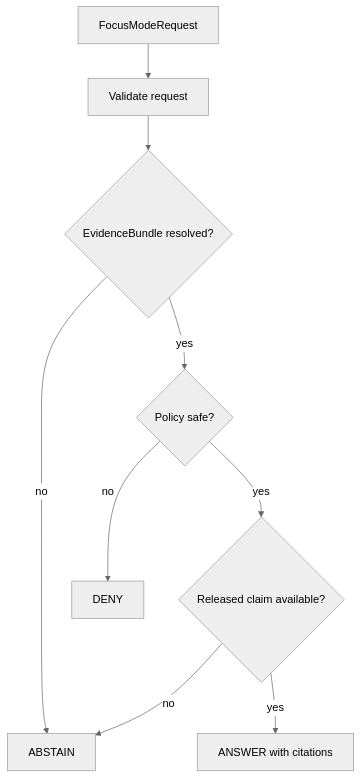
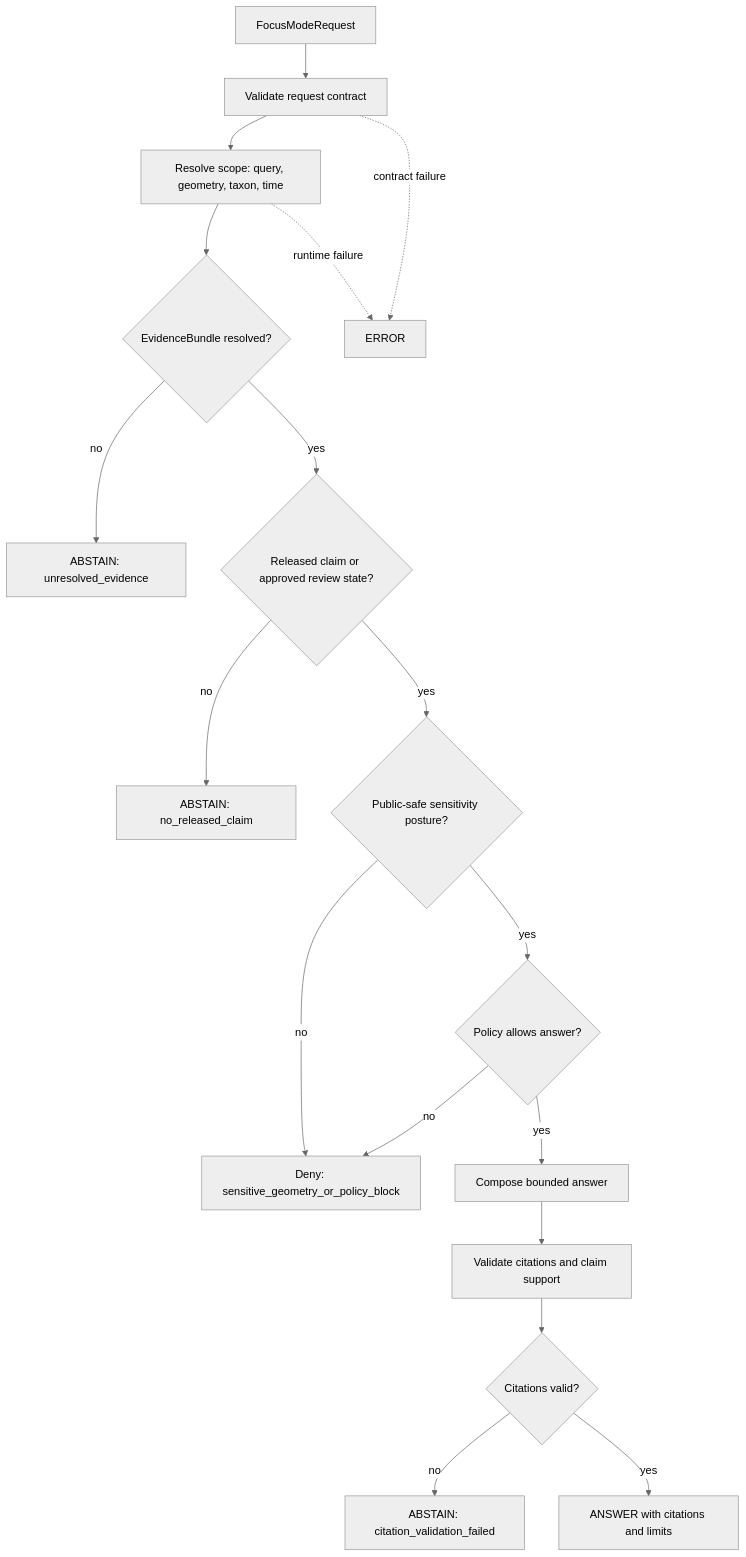
The second of 2 diagrams in docs/domains/ecology/FOCUS_MODE.md (bartytime4life/Kansas-Frontier-Matrix), drawn with Mermaid (neutral theme) before and after one commit. The commit also changed other lines of this file, not shown here.

First line of the commit message:
Enhance FOCUS_MODE.md with verification details

````diff
--- a/docs/domains/ecology/FOCUS_MODE.md
+++ b/docs/domains/ecology/FOCUS_MODE.md
@@ -75,11 +168,26 @@
 ```mermaid
 flowchart TD
-  Request[FocusModeRequest] --> Validate[Validate request]
-  Validate --> Evidence{EvidenceBundle resolved?}
-  Evidence -- no --> Abstain[ABSTAIN]
-  Evidence -- yes --> Policy{Policy safe?}
-  Policy -- no --> Deny[DENY]
-  Policy -- yes --> Claim{Released claim available?}
-  Claim -- no --> Abstain
-  Claim -- yes --> Answer[ANSWER with citations]
+  Request[FocusModeRequest] --> Validate[Validate request contract]
+  Validate --> Scope[Resolve scope: query, geometry, taxon, time]
+  Scope --> Evidence{EvidenceBundle resolved?}
+
+  Evidence -- no --> Abstain[ABSTAIN: unresolved_evidence]
+  Evidence -- yes --> Release{Released claim or approved review state?}
+
+  Release -- no --> AbstainRelease[ABSTAIN: no_released_claim]
+  Release -- yes --> Sensitivity{Public-safe sensitivity posture?}
+
+  Sensitivity -- no --> Deny[Deny: sensitive_geometry_or_policy_block]
+  Sensitivity -- yes --> Policy{Policy allows answer?}
+
+  Policy -- no --> Deny
+  Policy -- yes --> Compose[Compose bounded answer]
+  Compose --> Cite[Validate citations and claim support]
+  Cite --> CitationOK{Citations valid?}
+
+  CitationOK -- no --> AbstainCite[ABSTAIN: citation_validation_failed]
+  CitationOK -- yes --> Answer[ANSWER with citations and limits]
+
+  Validate -. contract failure .-> Error[ERROR]
+  Scope -. runtime failure .-> Error
 ```
````
